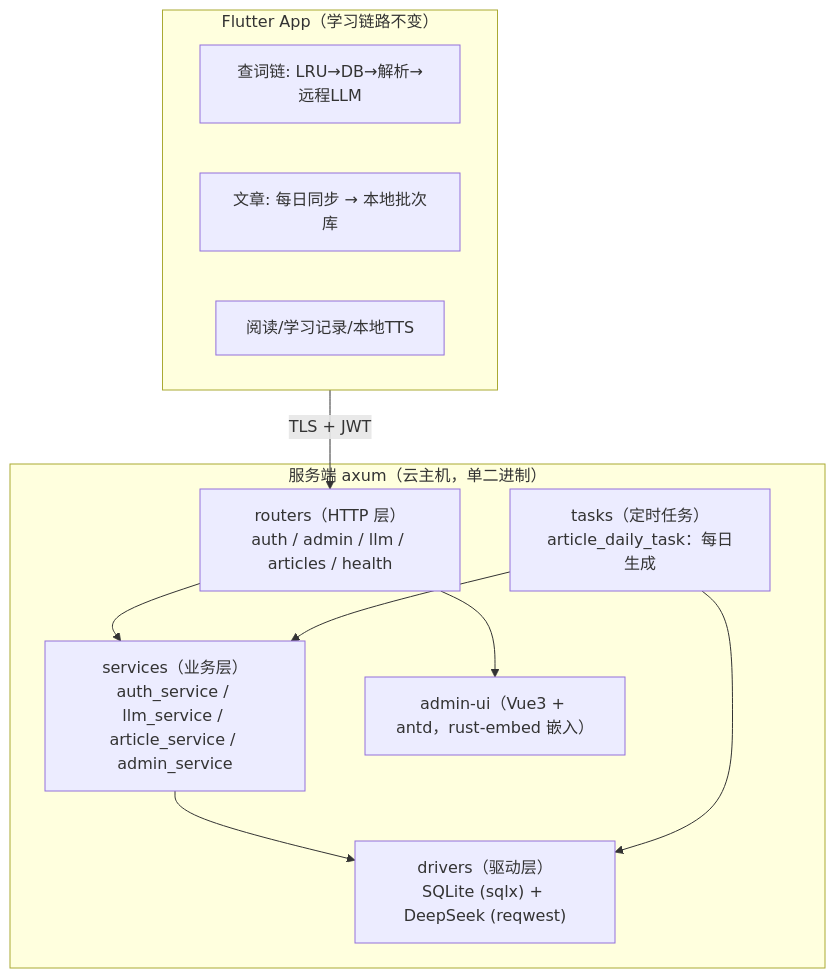
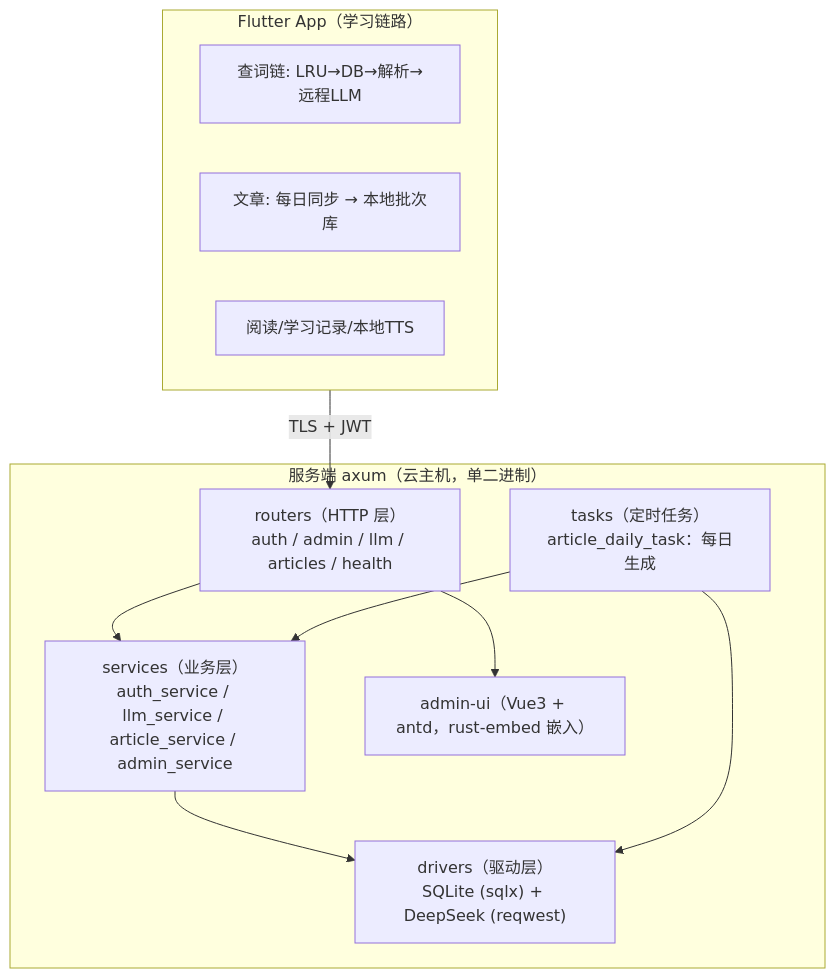
The first of 2 diagrams in impl/server/docs/architecture.md (kindywu/contexta), drawn with Mermaid before and after one commit. The commit also changed 16 other files, not shown here.

````diff
--- a/impl/server/docs/architecture.md
+++ b/impl/server/docs/architecture.md
@@ -9,23 +9,23 @@
 ```mermaid
 flowchart TB
-    subgraph app["Flutter App（学习链路不变）"]
+    subgraph app["Flutter App（学习链路）"]
         A1["查词链: LRU→DB→解析→远程LLM"]
         A2["文章: 每日同步 → 本地批次库"]
         A3["阅读/学习记录/本地TTS"]
     end
 
     subgraph server["服务端 axum（云主机，单二进制）"]
         R["routers（HTTP 层）<br/>auth / admin / llm / articles / health"]
         S["services（业务层）<br/>auth_service / llm_service / article_service / admin_service"]
         T["tasks（定时任务）<br/>article_daily_task：每日生成"]
         D["drivers（驱动层）<br/>SQLite (sqlx) + DeepSeek (reqwest)"]
         UI["admin-ui（Vue3 + antd，rust-embed 嵌入）"]
     end
 
     app -- "TLS + JWT" --> R
     R --> S
     S --> D
     T --> S
     T --> D
     R --> UI
 ```
````
